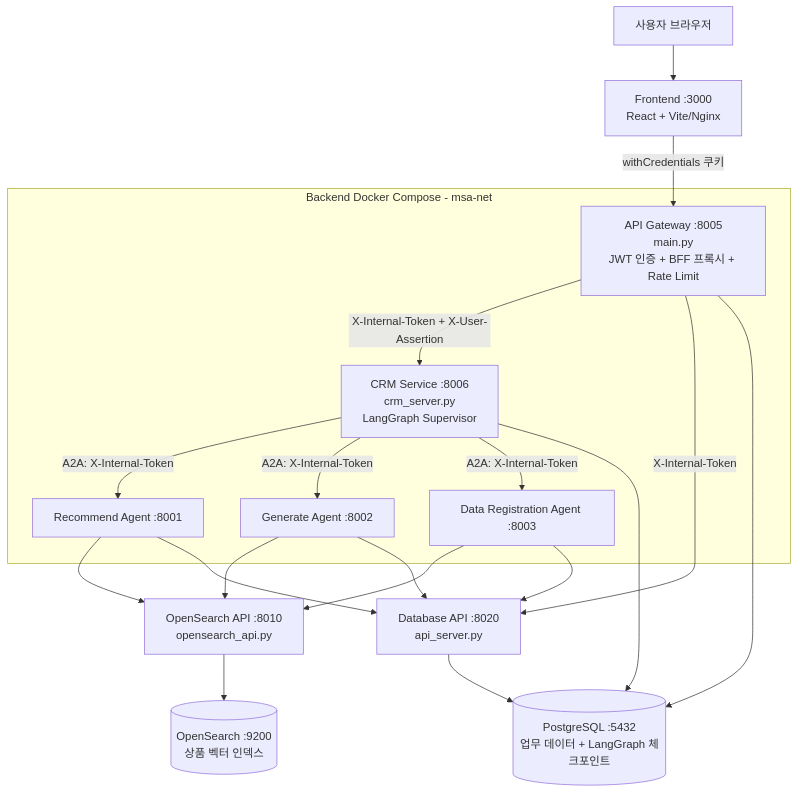
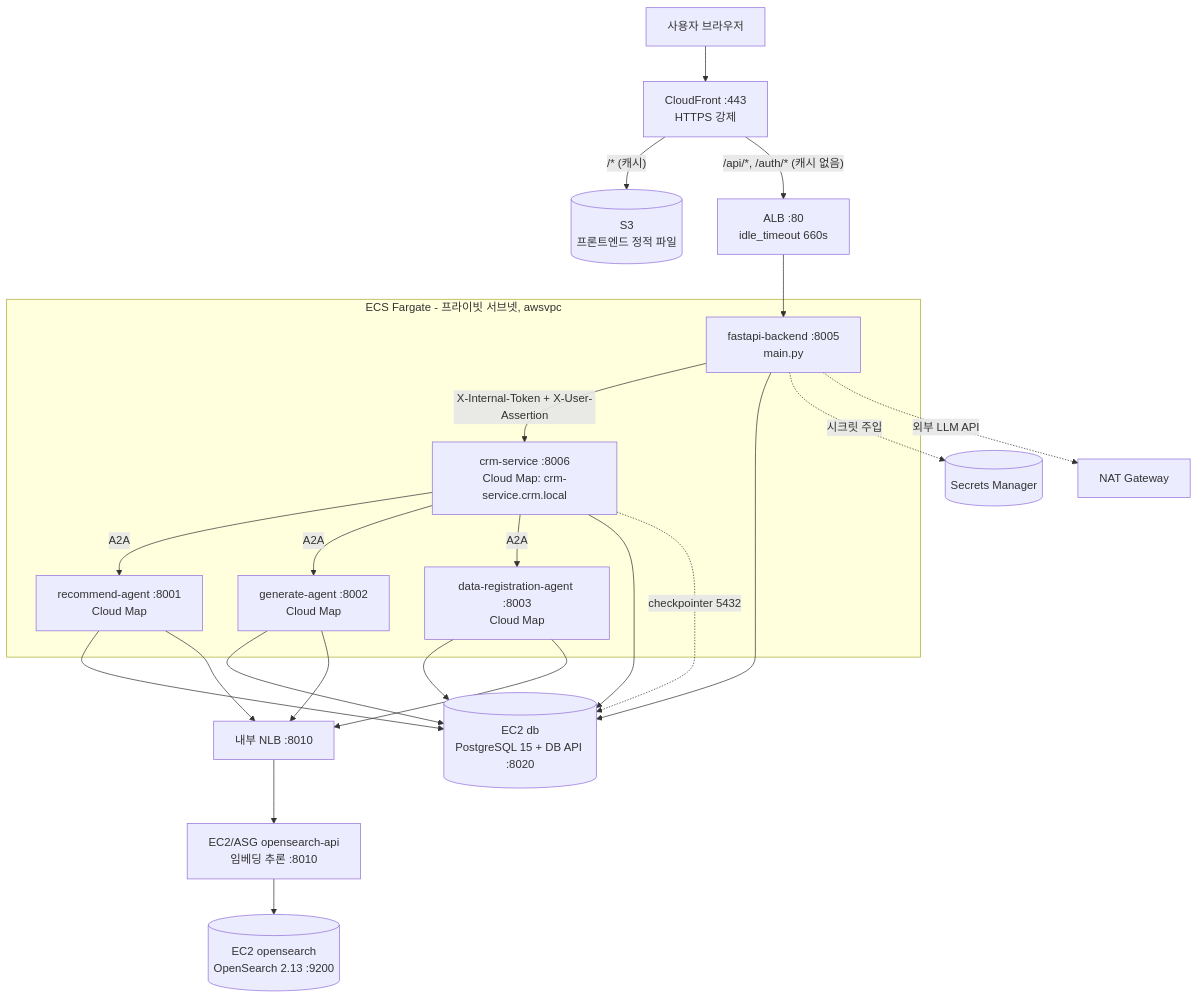
One commit to HyeonSeongSon/AI-INNOVATION-CHALLENGE-2026 changed the diagram in README.detailed.md. Above: the diagram before and after it, drawn with Mermaid. The commit also changed other lines of this file and 3 other files, not shown here.

````diff
--- a/README.detailed.md
+++ b/README.detailed.md
@@ -62,36 +67,44 @@
 ```mermaid
 graph TD
   User[사용자 브라우저]
-  FE[Frontend :3000<br/>React + Vite/Nginx]
+  CF[CloudFront :443<br/>HTTPS 강제]
+  S3FE[(S3<br/>프론트엔드 정적 파일)]
+  ALB[ALB :80<br/>idle_timeout 660s]
 
-  subgraph Backend[Backend Docker Compose - msa-net]
-    GW[API Gateway :8005<br/>main.py<br/>JWT 인증 + BFF 프록시 + Rate Limit]
-    CRM[CRM Service :8006<br/>crm_server.py<br/>LangGraph Supervisor]
-    REC[Recommend Agent :8001]
-    GEN[Generate Agent :8002]
-    REG[Data Registration Agent :8003]
+  subgraph ECS[ECS Fargate - 프라이빗 서브넷, awsvpc]
+    GW[fastapi-backend :8005<br/>main.py]
+    CRM[crm-service :8006<br/>Cloud Map: crm-service.crm.local]
+    REC[recommend-agent :8001<br/>Cloud Map]
+    GEN[generate-agent :8002<br/>Cloud Map]
+    REG[data-registration-agent :8003<br/>Cloud Map]
   end
 
-  DBAPI[Database API :8020<br/>api_server.py]
-  OSAPI[OpenSearch API :8010<br/>opensearch_api.py]
-  PG[(PostgreSQL :5432<br/>업무 데이터 + LangGraph 체크포인트)]
-  OS[(OpenSearch :9200<br/>상품 벡터 인덱스)]
+  NLB[내부 NLB :8010]
+  DBE2[(EC2 db<br/>PostgreSQL 15 + DB API :8020)]
+  OSAPI[EC2/ASG opensearch-api<br/>임베딩 추론 :8010]
+  OSE2[(EC2 opensearch<br/>OpenSearch 2.13 :9200)]
+  NAT[NAT Gateway]
+  SM[(Secrets Manager)]
 
-  User --> FE
-  FE -- "withCredentials 쿠키" --> GW
+  User --> CF
+  CF -- "/* (캐시)" --> S3FE
+  CF -- "/api/*, /auth/* (캐시 없음)" --> ALB
+  ALB --> GW
   GW -- "X-Internal-Token + X-User-Assertion" --> CRM
-  GW -- "X-Internal-Token" --> DBAPI
-  CRM -- "A2A: X-Internal-Token" --> REC
-  CRM -- "A2A: X-Internal-Token" --> GEN
-  CRM -- "A2A: X-Internal-Token" --> REG
-  CRM --> PG
-  REC --> OSAPI
-  GEN --> OSAPI
-  REG --> OSAPI
-  REC --> DBAPI
-  GEN --> DBAPI
-  REG --> DBAPI
-  DBAPI --> PG
-  OSAPI --> OS
-  GW --> PG
+  CRM -- "A2A" --> REC
+  CRM -- "A2A" --> GEN
+  CRM -- "A2A" --> REG
+  GW --> DBE2
+  CRM --> DBE2
+  REC --> DBE2
+  GEN --> DBE2
+  REG --> DBE2
+  CRM -. "checkpointer 5432" .-> DBE2
+  REC --> NLB
+  GEN --> NLB
+  REG --> NLB
+  NLB --> OSAPI
+  OSAPI --> OSE2
+  GW -. "시크릿 주입" .-> SM
+  GW -. "외부 LLM API" .-> NAT
 ```
````
